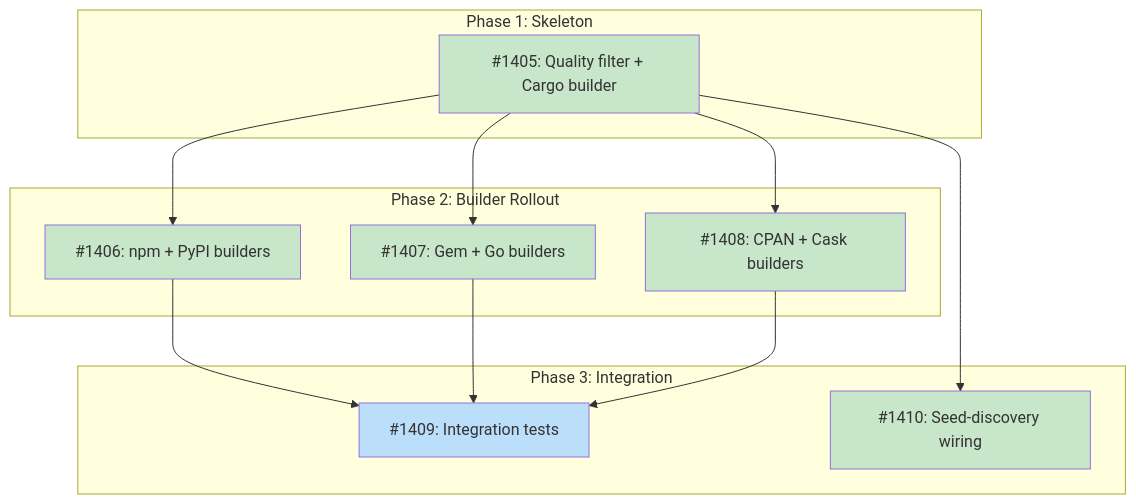
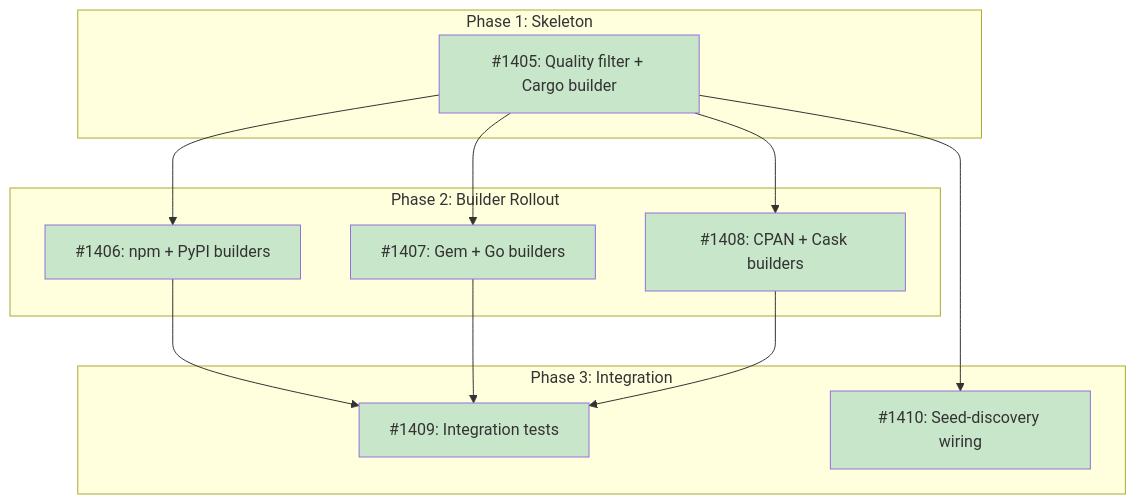
Before and after one commit to tsukumogami/tsuku: the diagram in docs/designs/DESIGN-probe-quality-filtering.md, drawn with Mermaid. The commit also changed other lines of this file and 1 other file, not shown here.

Commit message:
test(discover): add integration tests for quality filtering
Add comprehensive integration tests for quality filtering with realistic
squatter scenarios:

- TestQualityFiltering_PrettierSquatter: npm wins over crates.io squatter
- TestQualityFiltering_HttpieSquatter: PyPI wins over crates.io squatter
- TestQualityFiltering_PriorityRankingAfterFilter: correct registry by priority
- TestQualityFiltering_AllSquattersFiltered: no result when all filtered
- TestQualityFiltering_GracefulDegradation: partial signals still work
- TestQualityFiltering_RejectionReason: verifies debugging info
- TestQualityFiltering_CpanRiverMetrics: CPAN-specific filtering

Also marks #1409 complete in design doc.

Fixes #1409

````diff
--- a/docs/designs/DESIGN-probe-quality-filtering.md
+++ b/docs/designs/DESIGN-probe-quality-filtering.md
@@ -38,37 +38,37 @@
 ```mermaid
 graph TD
     subgraph Phase1["Phase 1: Skeleton"]
         I1405["#1405: Quality filter + Cargo builder"]
     end
 
     subgraph Phase2["Phase 2: Builder Rollout"]
         I1406["#1406: npm + PyPI builders"]
         I1407["#1407: Gem + Go builders"]
         I1408["#1408: CPAN + Cask builders"]
     end
 
     subgraph Phase3["Phase 3: Integration"]
         I1409["#1409: Integration tests"]
         I1410["#1410: Seed-discovery wiring"]
     end
 
     I1405 --> I1406
     I1405 --> I1407
     I1405 --> I1408
     I1406 --> I1409
     I1407 --> I1409
     I1408 --> I1409
     I1405 --> I1410
 
     classDef done fill:#c8e6c9
     classDef ready fill:#bbdefb
     classDef blocked fill:#fff9c4
     classDef needsDesign fill:#e1bee7
 
     class I1405 done
     class I1406 done
     class I1407 done
     class I1408 done
+    class I1409 done
     class I1410 done
-    class I1409 ready
 ```
````
